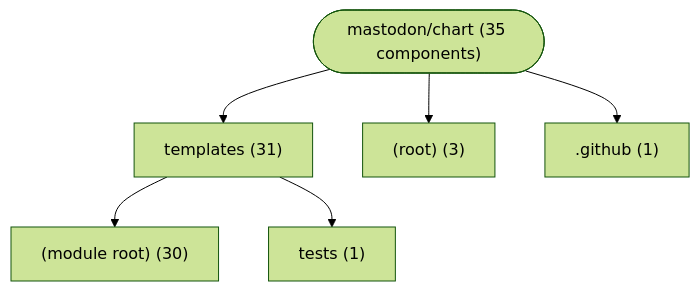
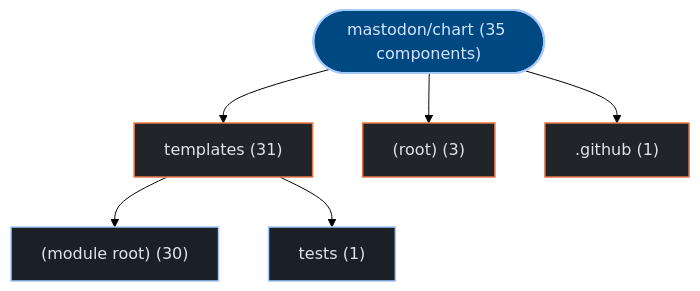
The first of 3 diagrams in exports/latest/reports/mastodon-chart-report.md (kumarshaz/atruss-code-atlas), drawn with Mermaid (forest theme) before and after one commit. The commit also changed other lines of this file and 331 other files, not shown here.

Commit message:
docs,ui,fix: update SDLC docs, reorder CI/CD DAG first, stylize Mermaid, and fix Arc42 pipeline topology

````diff
--- a/exports/latest/reports/mastodon-chart-report.md
+++ b/exports/latest/reports/mastodon-chart-report.md
@@ -42,14 +42,21 @@
 ```mermaid
 graph TD;
-    repo_root(["mastodon/chart (35 components)"])
-    dir_0_templates["templates (31)"]
+  classDef atlasRoot fill:#004882,stroke:#a3c9ff,stroke-width:2px,color:#d3e4ff
+  classDef atlasCategory fill:#212428,stroke:#E87A48,stroke-width:1.5px,color:#dfe3eb
+  classDef atlasWorkflow fill:#1b2026,stroke:#a3c9ff,stroke-width:1.5px,color:#dfe3eb
+  classDef atlasJob fill:#171c22,stroke:#8d9199,stroke-width:1px,color:#dfe3eb
+  classDef atlasTarget fill:#005227,stroke:#8bd99b,stroke-width:1.5px,color:#a7f6b6
+  classDef atlasAlert fill:#93000a,stroke:#ffb4ab,stroke-width:1.5px,color:#ffdad6
+  classDef atlasMore fill:#252a31,stroke:#8d9199,stroke-dasharray:4 4,color:#c3c6cf
+    repo_root(["mastodon/chart (35 components)"]):::atlasRoot
+    dir_0_templates["templates (31)"]:::atlasCategory
     repo_root --> dir_0_templates
-    sub_0_0__module_root_["(module root) (30)"]
+    sub_0_0__module_root_["(module root) (30)"]:::atlasWorkflow
     dir_0_templates --> sub_0_0__module_root_
-    sub_0_1_tests["tests (1)"]
+    sub_0_1_tests["tests (1)"]:::atlasWorkflow
     dir_0_templates --> sub_0_1_tests
-    dir_1__root_["(root) (3)"]
+    dir_1__root_["(root) (3)"]:::atlasCategory
     repo_root --> dir_1__root_
-    dir_2__github[".github (1)"]
+    dir_2__github[".github (1)"]:::atlasCategory
     repo_root --> dir_2__github
 ```
````
